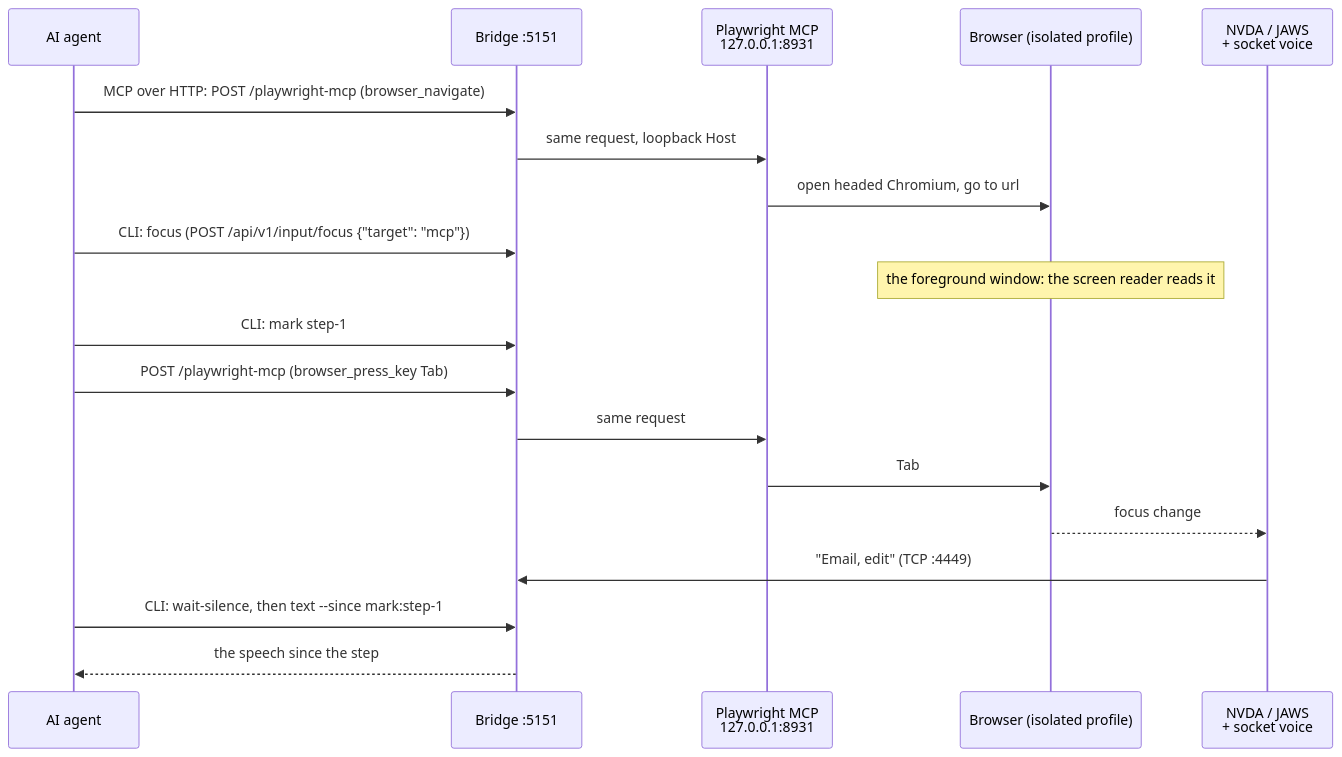
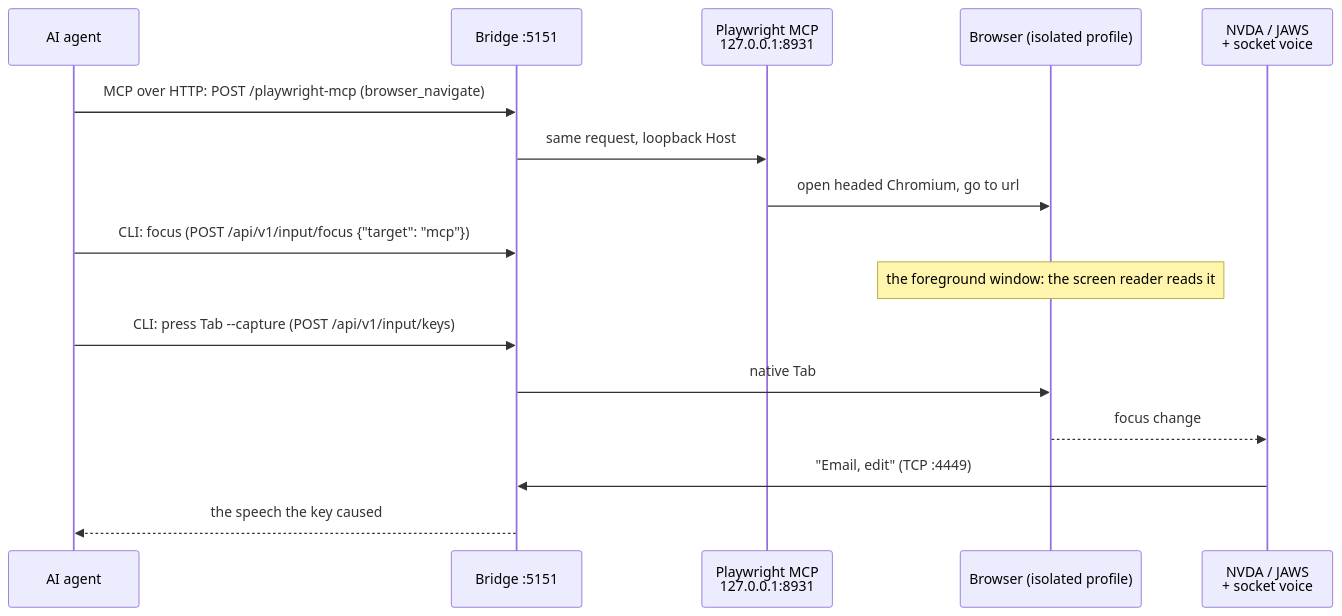
Before and after one commit to TimoSto/screenreader-speech-capture: the third of 5 diagrams in docs/usage/flows/playwright-mcp.md, drawn with Mermaid. The commit also changed other lines of this file and 6 other files, not shown here.

First line of the commit message:
docs(client): make the audit skill test with native keys and check its setup

````diff
--- a/docs/usage/flows/playwright-mcp.md
+++ b/docs/usage/flows/playwright-mcp.md
@@ -83,22 +84,19 @@
 ```mermaid
 sequenceDiagram
     participant A as AI agent
     participant B as Bridge :5151
     participant MCP as Playwright MCP<br/>127.0.0.1:8931
     participant Br as Browser (isolated profile)
     participant SR as NVDA / JAWS<br/>+ socket voice
 
     A->>B: MCP over HTTP: POST /playwright-mcp (browser_navigate)
     B->>MCP: same request, loopback Host
     MCP->>Br: open headed Chromium, go to url
     A->>B: CLI: focus (POST /api/v1/input/focus {"target": "mcp"})
     Note over Br: the foreground window: the screen reader reads it
-    A->>B: CLI: mark step-1
-    A->>B: POST /playwright-mcp (browser_press_key Tab)
-    B->>MCP: same request
-    MCP->>Br: Tab
+    A->>B: CLI: press Tab --capture (POST /api/v1/input/keys)
+    B->>Br: native Tab
     Br-->>SR: focus change
     SR->>B: "Email, edit" (TCP :4449)
-    A->>B: CLI: wait-silence, then text --since mark:step-1
-    B-->>A: the speech since the step
+    B-->>A: the speech the key caused
 ```
````
